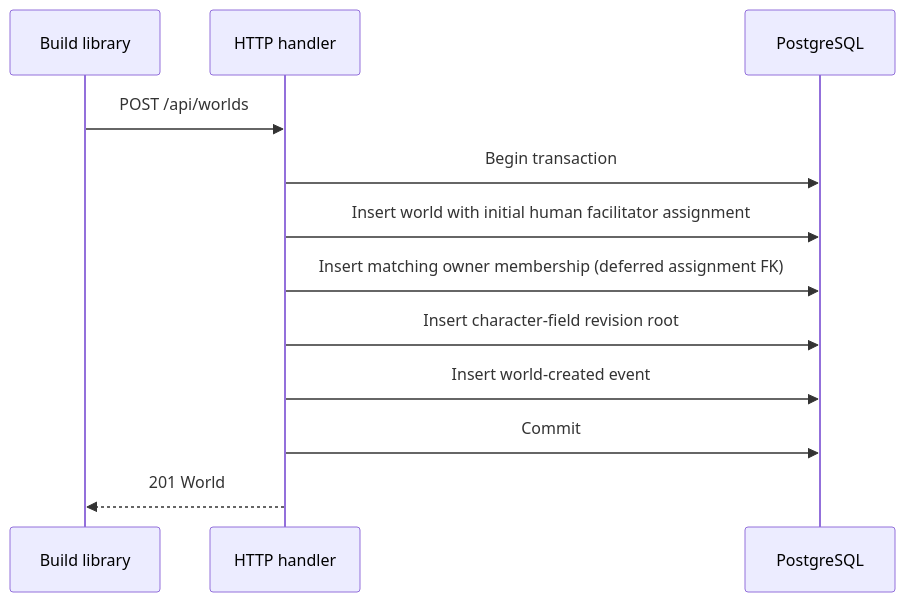
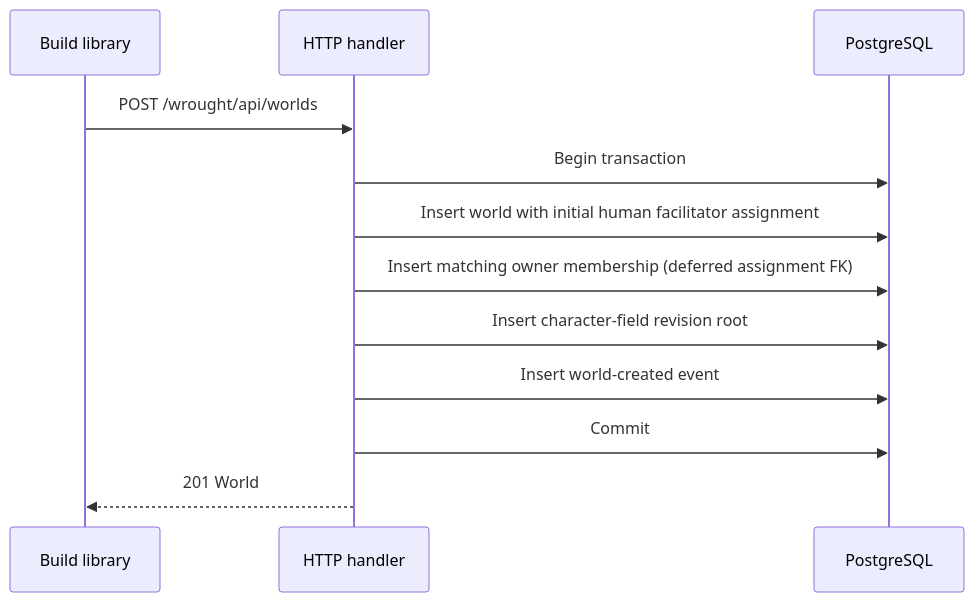
One commit to JTan2231/gezerah changed the fifth of 9 diagrams in docs/architecture.md. Above: the diagram before and after it, drawn with Mermaid. The commit also changed other lines of this file and 150 other files, not shown here.

````diff
--- a/docs/architecture.md
+++ b/docs/architecture.md
@@ -222,15 +251,15 @@
 ```mermaid
 sequenceDiagram
     participant UI as Build library
     participant H as HTTP handler
     participant DB as PostgreSQL
 
-    UI->>H: POST /api/worlds
+    UI->>H: POST /wrought/api/worlds
     H->>DB: Begin transaction
     H->>DB: Insert world with initial human facilitator assignment
     H->>DB: Insert matching owner membership (deferred assignment FK)
     H->>DB: Insert character-field revision root
     H->>DB: Insert world-created event
     H->>DB: Commit
     H-->>UI: 201 World
 ```
````
